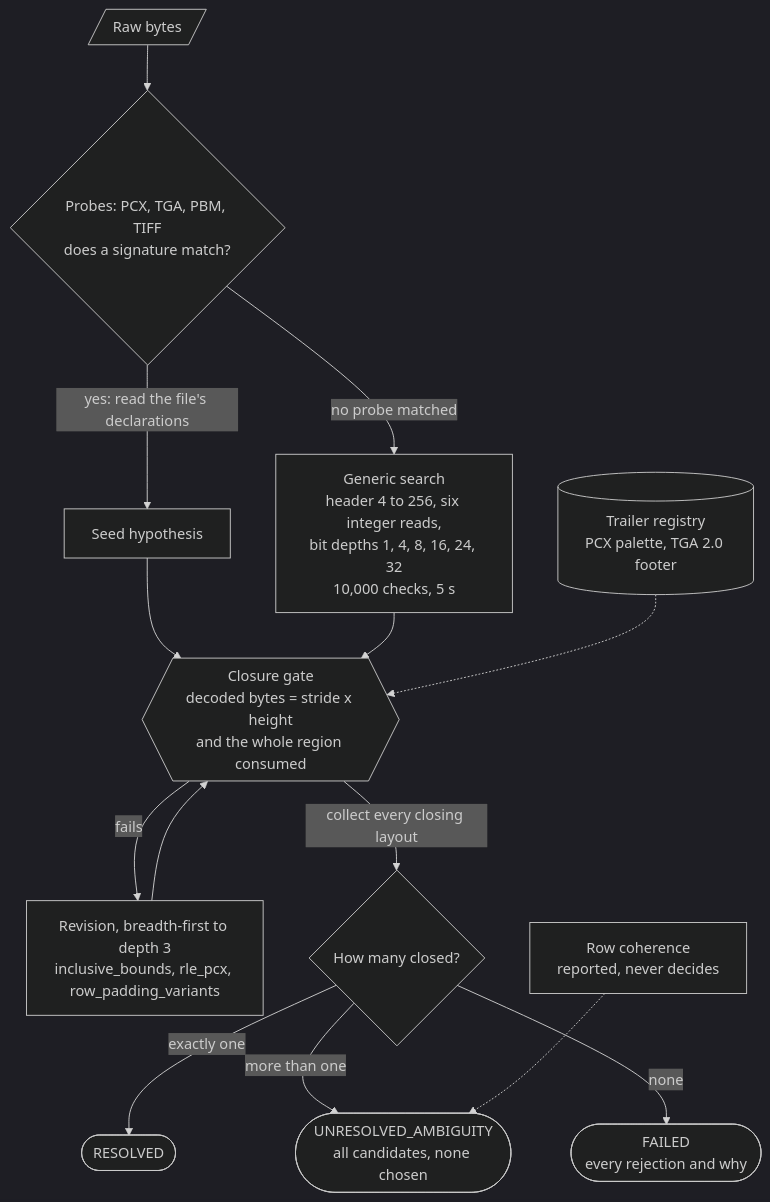
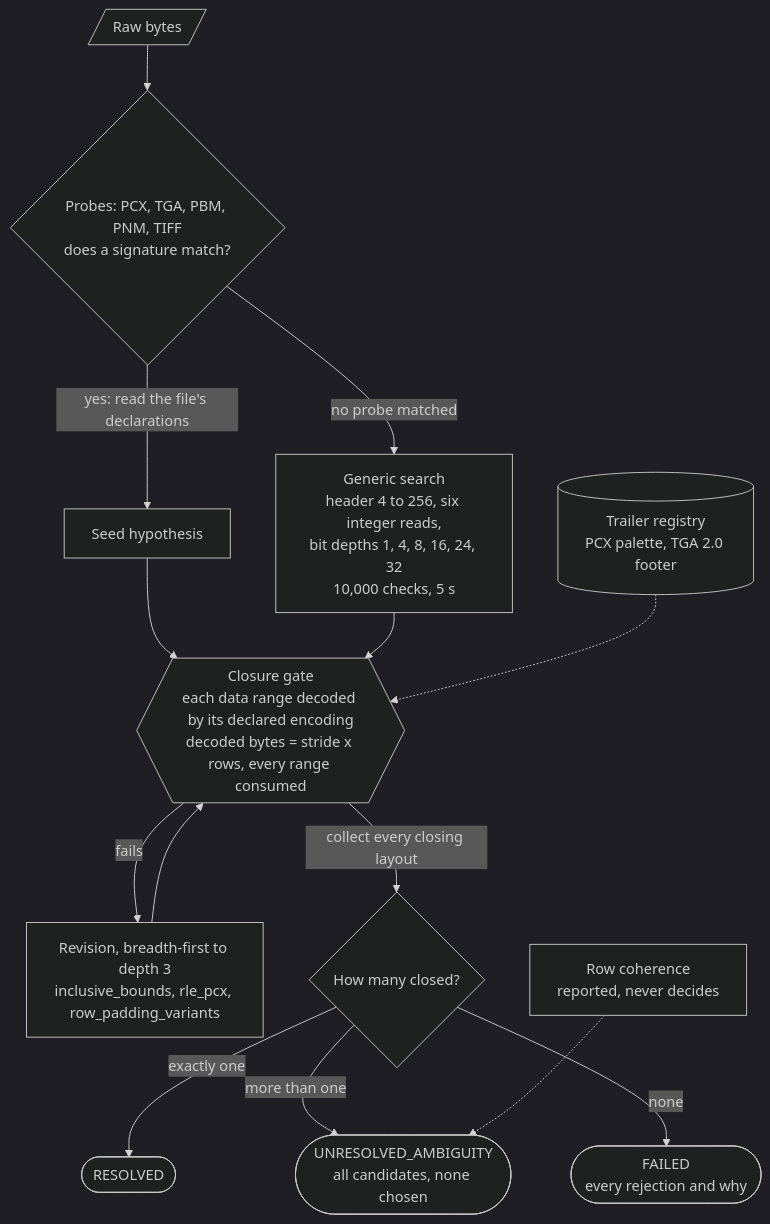
One commit to RAK2315/necropsy changed the second of 2 diagrams in README.md. Above: the diagram before and after it, drawn with Mermaid (dark theme). The commit also changed other lines of this file and 6 other files, not shown here.

````diff
--- a/README.md
+++ b/README.md
@@ -131,16 +132,16 @@
 ```mermaid
 flowchart TD
-    bytes[/"Raw bytes"/] --> probes{"Probes: PCX, TGA, PBM, TIFF<br/>does a signature match?"}
+    bytes[/"Raw bytes"/] --> probes{"Probes: PCX, TGA, PBM, PNM, TIFF<br/>does a signature match?"}
     probes -- "yes: read the file's declarations" --> seed["Seed hypothesis"]
     probes -- "no probe matched" --> generic["Generic search<br/>header 4 to 256, six integer reads,<br/>bit depths 1, 4, 8, 16, 24, 32<br/>10,000 checks, 5 s"]
-    seed --> gate{{"Closure gate<br/>decoded bytes = stride x height<br/>and the whole region consumed"}}
+    seed --> gate{{"Closure gate<br/>each data range decoded by its declared encoding<br/>decoded bytes = stride x rows, every range consumed"}}
     gate -- "fails" --> revision["Revision, breadth-first to depth 3<br/>inclusive_bounds, rle_pcx, row_padding_variants"]
     revision --> gate
     generic --> gate
     trailers[("Trailer registry<br/>PCX palette, TGA 2.0 footer")] -.-> gate
     gate -- "collect every closing layout" --> count{"How many closed?"}
     count -- "exactly one" --> resolved(["RESOLVED"])
     count -- "more than one" --> ambiguous(["UNRESOLVED_AMBIGUITY<br/>all candidates, none chosen"])
     count -- "none" --> failed(["FAILED<br/>every rejection and why"])
     coherence["Row coherence<br/>reported, never decides"] -.-> ambiguous
 ```
````
